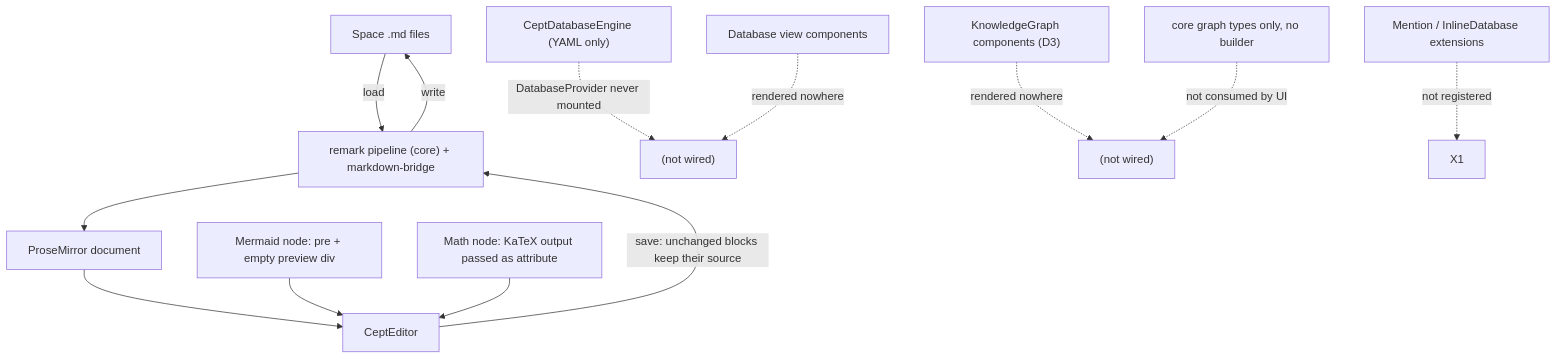
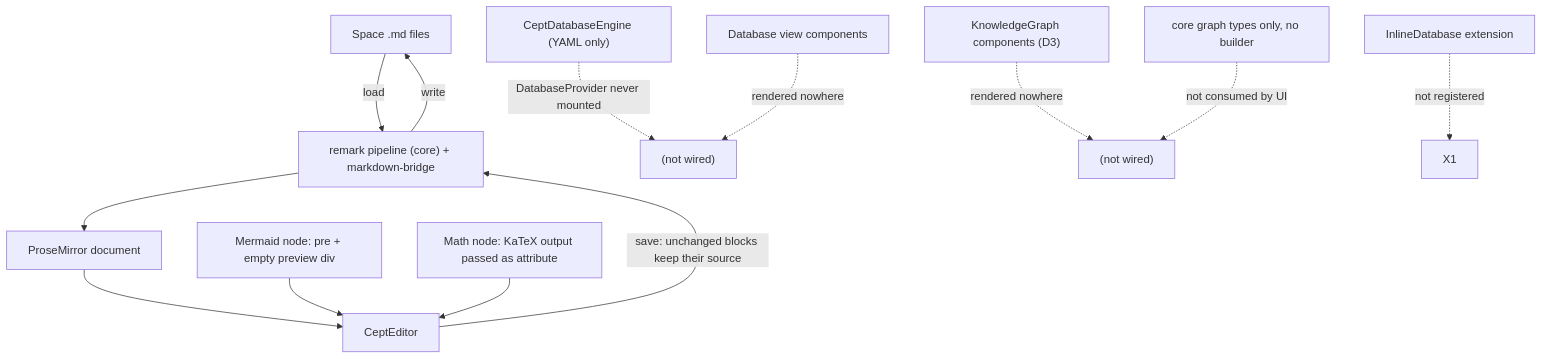
Before and after one commit to nsheaps/cept: the second of 2 diagrams in docs/specs/requirements/08-editor.md, drawn with Mermaid. The commit also changed other lines of this file and 17 other files, not shown here.

````diff
--- a/docs/specs/requirements/08-editor.md
+++ b/docs/specs/requirements/08-editor.md
@@ -101,15 +101,15 @@
 ```mermaid
 flowchart TD
     MD["Space .md files"] -->|load| PIPE["remark pipeline (core) + markdown-bridge"]
     PIPE --> PM["ProseMirror document"]
     PM --> ED["CeptEditor"]
     ED -->|"save: unchanged blocks keep their source"| PIPE
     PIPE -->|write| MD
     ENG["CeptDatabaseEngine (YAML only)"] -. "DatabaseProvider never mounted" .-> X2["(not wired)"]
     VIEWS["Database view components"] -. "rendered nowhere" .-> X2
     KG["KnowledgeGraph components (D3)"] -. "rendered nowhere" .-> X3["(not wired)"]
     GT["core graph types only, no builder"] -. "not consumed by UI" .-> X3
-    MEN["Mention / InlineDatabase extensions"] -. "not registered" .-> X1
+    MEN["InlineDatabase extension"] -. "not registered" .-> X1
     MERM["Mermaid node: pre + empty preview div"] --> ED
     MATH["Math node: KaTeX output passed as attribute"] --> ED
 ```
````
